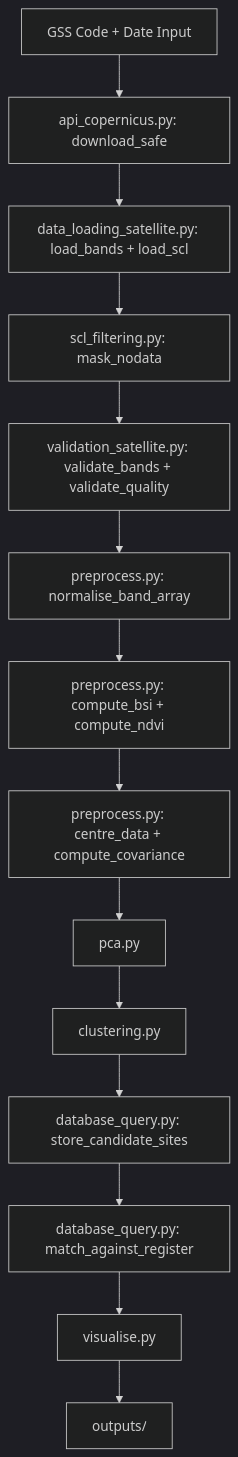
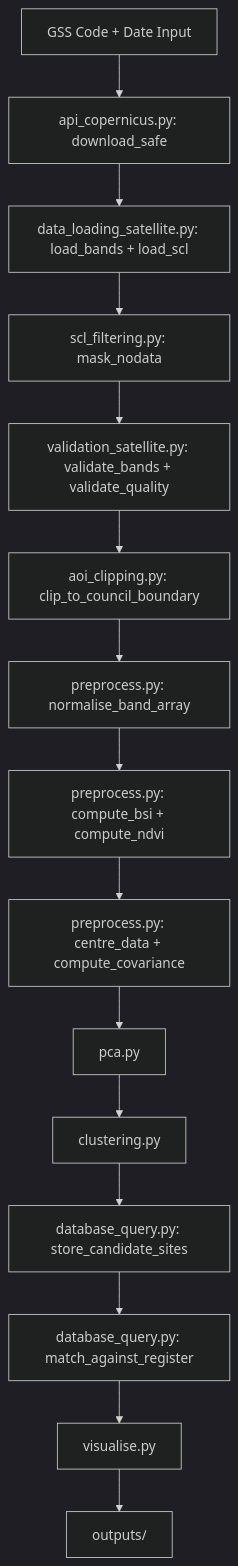
One commit to LukeWardle/sentinel2-brownfield-stoke changed the first of 2 diagrams in DESIGN.md. Above: the diagram before and after it, drawn with Mermaid (dark theme). The commit also changed other lines of this file and 2 other files, not shown here.

Commit message:
feat: add aoi_clipping.py - clip_to_council_boundary, 14 tests passing, update DESIGN.md

````diff
--- a/DESIGN.md
+++ b/DESIGN.md
@@ -112,16 +112,17 @@
 ```mermaid
 graph TD
     A[GSS Code + Date Input] --> B[api_copernicus.py: download_safe]
     B --> C[data_loading_satellite.py: load_bands + load_scl]
     C --> D[scl_filtering.py: mask_nodata]
     D --> E[validation_satellite.py: validate_bands + validate_quality]
-    E --> F[preprocess.py: normalise_band_array]
-    F --> G[preprocess.py: compute_bsi + compute_ndvi]
-    G --> H[preprocess.py: centre_data + compute_covariance]
-    H --> I[pca.py]
-    I --> J[clustering.py]
-    J --> K[database_query.py: store_candidate_sites]
-    K --> L[database_query.py: match_against_register]
-    L --> M[visualise.py]
-    M --> N[outputs/]
+    E --> F[aoi_clipping.py: clip_to_council_boundary]
+    F --> G[preprocess.py: normalise_band_array]
+    G --> H[preprocess.py: compute_bsi + compute_ndvi]
+    H --> I[preprocess.py: centre_data + compute_covariance]
+    I --> J[pca.py]
+    J --> K[clustering.py]
+    K --> L[database_query.py: store_candidate_sites]
+    L --> M[database_query.py: match_against_register]
+    M --> N[visualise.py]
+    N --> O[outputs/]
 ```
````
